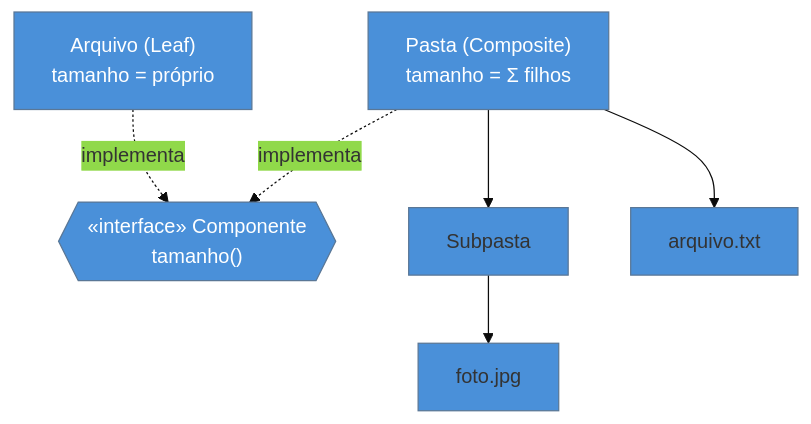
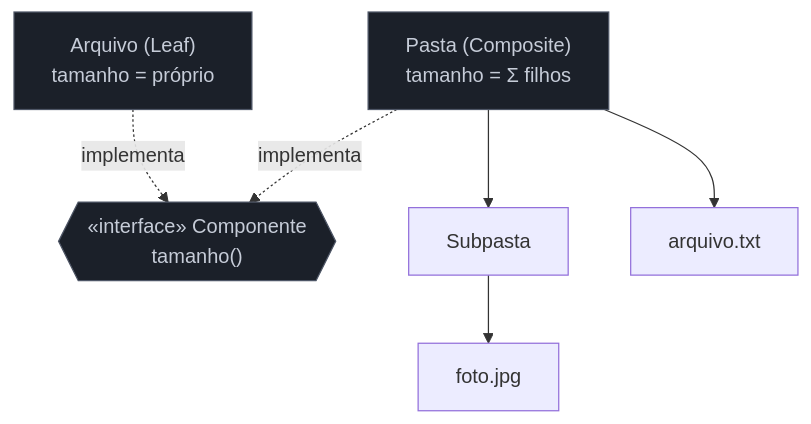
One commit to josenaldo/codex-technomanticus changed the diagram in 03-Dominios/Engenharia/Design de Software/Padrões de Projeto/Clássicos (GoF)/11 - Composite.md. Above: the diagram before and after it, drawn with Mermaid. The commit also changed 1181 other files, not shown here.

First line of the commit message:
fix(diagramas): paleta do sistema no lugar de cor cravada no markdown

````diff
--- a/03-Dominios/Engenharia/Design de Software/Padrões de Projeto/Clássicos (GoF)/11 - Composite.md
+++ b/03-Dominios/Engenharia/Design de Software/Padrões de Projeto/Clássicos (GoF)/11 - Composite.md
@@ -34,14 +34,14 @@
 ```mermaid
-%%{init: {"theme": "base", "themeVariables": {"primaryColor": "#4A90D9"}}}%%
 graph TD
+    classDef neutro fill:#1B2029,stroke:#4E5666,color:#C6CCD8
     I{{"«interface» Componente<br/>tamanho()"}}
     Pasta["Pasta (Composite)<br/>tamanho = Σ filhos"] -.implementa.-> I
     Arquivo["Arquivo (Leaf)<br/>tamanho = próprio"] -.implementa.-> I
     Pasta --> Sub["Subpasta"]
     Pasta --> A1["arquivo.txt"]
     Sub --> A2["foto.jpg"]
 
-    style I fill:#4A90D9,color:#fff
-    style Pasta fill:#4A90D9,color:#fff
-    style Arquivo fill:#4A90D9,color:#fff
+    class I neutro
+    class Pasta neutro
+    class Arquivo neutro
 ```
````
